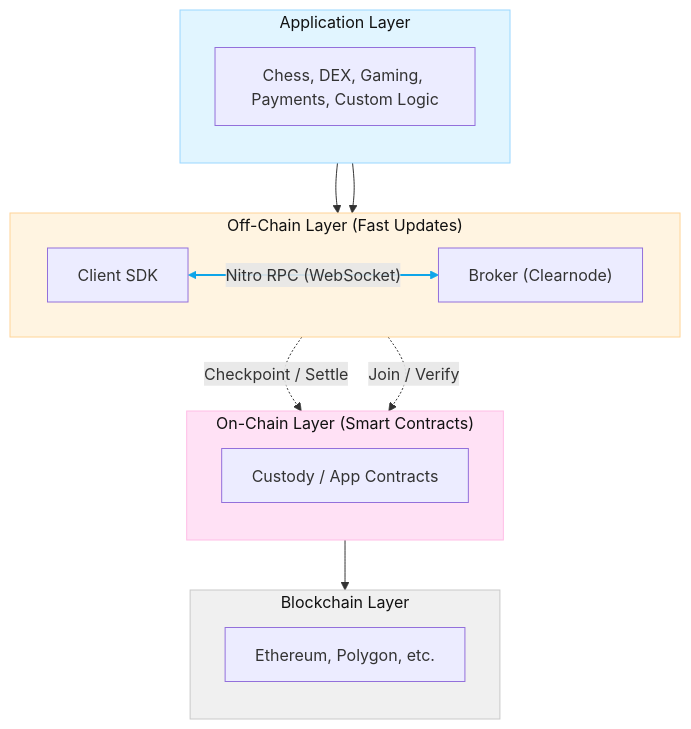
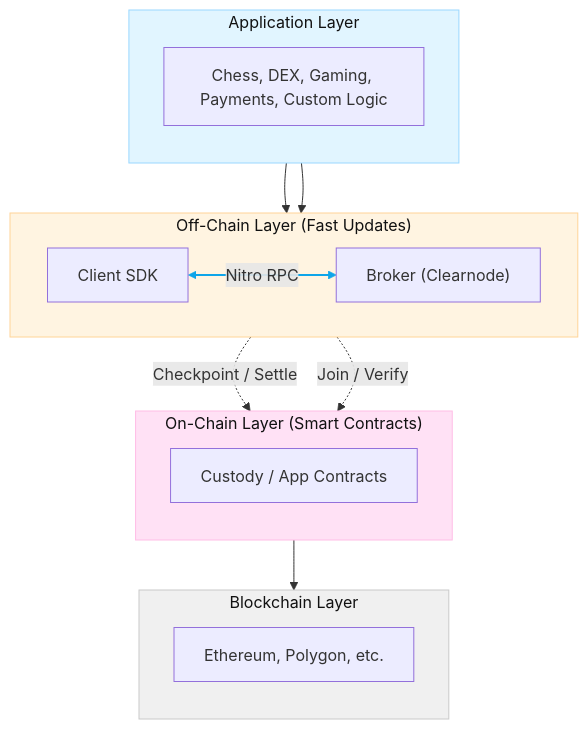
Before and after one commit to layer-3/docs: the first of 4 diagrams in docs/protocol/architecture.mdx, drawn with Mermaid. The commit also changed other lines of this file and 13 other files, not shown here.

````diff
--- a/docs/protocol/architecture.mdx
+++ b/docs/protocol/architecture.mdx
@@ -14,42 +14,42 @@
 ```mermaid
 graph TB
 
   %% Layered architecture with legible fills for light/dark modes
 
   subgraph Application["Application Layer"]
     direction TB
     APP["Chess, DEX, Gaming, Payments, Custom Logic"]
   end
 
   subgraph OffChain["Off-Chain Layer (Fast Updates)"]
     direction LR
     CLIENT["Client SDK"]
     BROKER["Broker (Clearnode)"]
   end
 
   subgraph OnChain["On-Chain Layer (Smart Contracts)"]
     direction TB
     CONTRACTS["Custody / App Contracts"]
   end
 
   subgraph Blockchain["Blockchain Layer"]
     direction TB
     CHAIN["Ethereum, Polygon, etc."]
   end
 
   APP --> CLIENT
   APP --> BROKER
-  CLIENT <-->|"Nitro RPC (WebSocket)"| BROKER
+  CLIENT <-->|"Nitro RPC"| BROKER
   CLIENT -. "Checkpoint / Settle" .-> CONTRACTS
   BROKER -. "Join / Verify" .-> CONTRACTS
   CONTRACTS --> CHAIN
 
   %% Subgraph fills (kept light for both themes)
   style Application fill:#e1f5ff,stroke:#9ad7ff,color:#111
   style OffChain fill:#fff4e1,stroke:#ffd497,color:#111
   style OnChain fill:#ffe1f5,stroke:#ffbde6,color:#111
   style Blockchain fill:#f0f0f0,stroke:#c9c9c9,color:#111
 
   %% Emphasize the RPC link (index 2 in the edge list above)
   linkStyle 2 stroke:#0ea5e9,stroke-width:2px
 ```
````
